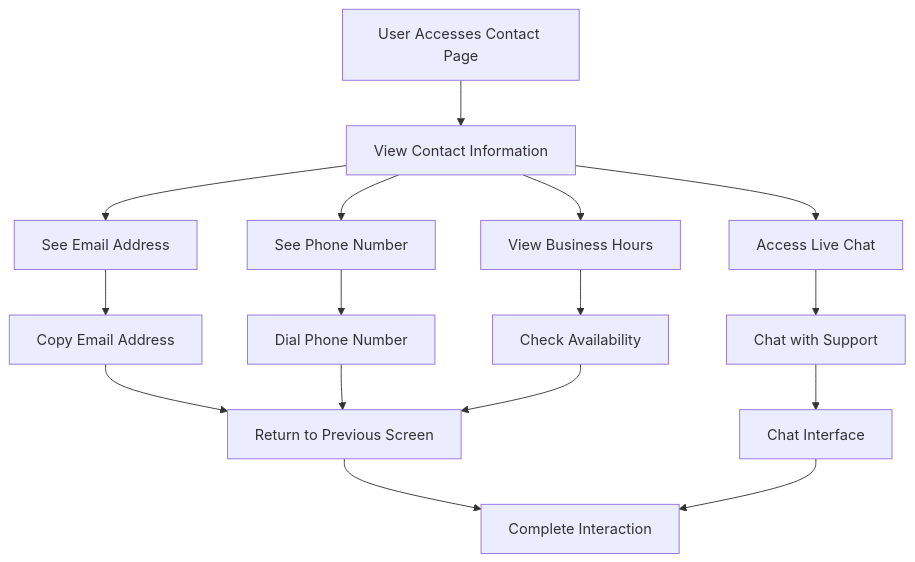
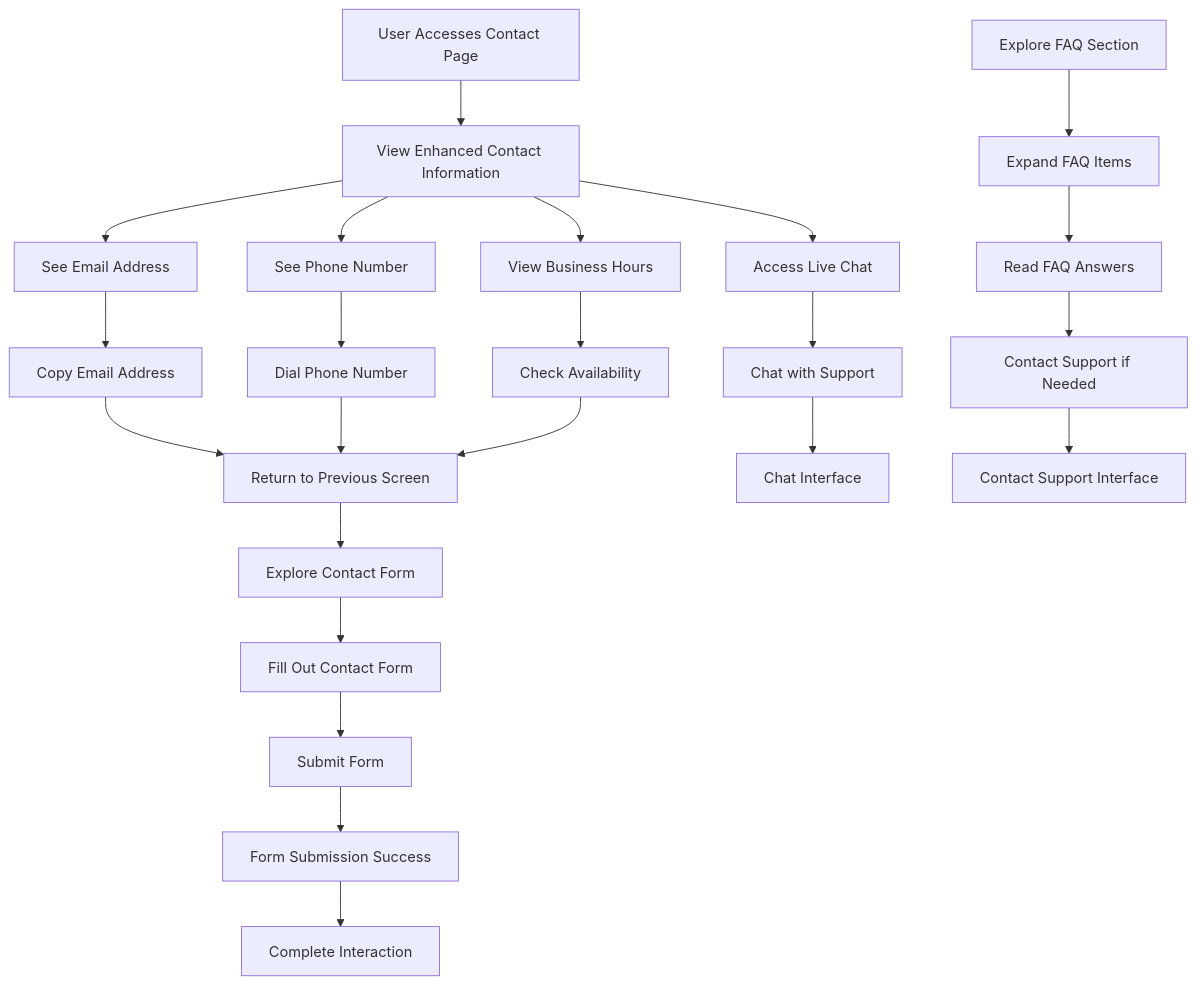
Before and after one commit to Ariful3111/FurniGo: the tenth of 11 diagrams in .qoder/repowiki/en/content/Core Features/Support and Communication/Contact Us Feature.md, drawn with Mermaid. The commit also changed other lines of this file and 10 other files, not shown here.

````diff
--- a/.qoder/repowiki/en/content/Core Features/Support and Communication/Contact Us Feature.md
+++ b/.qoder/repowiki/en/content/Core Features/Support and Communication/Contact Us Feature.md
@@ -310,18 +501,25 @@
 ```mermaid
 flowchart TD
-A[User Accesses Contact Page] --> B[View Contact Information]
+A[User Accesses Contact Page] --> B[View Enhanced Contact Information]
 B --> C[See Email Address]
 B --> D[See Phone Number]
 B --> E[View Business Hours]
 B --> F[Access Live Chat]
 C --> G[Copy Email Address]
 D --> H[Dial Phone Number]
 E --> I[Check Availability]
 F --> J[Chat with Support]
 G --> K[Return to Previous Screen]
 H --> K
 I --> K
 J --> L[Chat Interface]
-K --> M[Complete Interaction]
-L --> M
+K --> M[Explore Contact Form]
+M --> N[Fill Out Contact Form]
+N --> O[Submit Form]
+O --> P[Form Submission Success]
+P --> Q[Complete Interaction]
+R[Explore FAQ Section] --> S[Expand FAQ Items]
+S --> T[Read FAQ Answers]
+T --> U[Contact Support if Needed]
+U --> V[Contact Support Interface]
 ```
````
